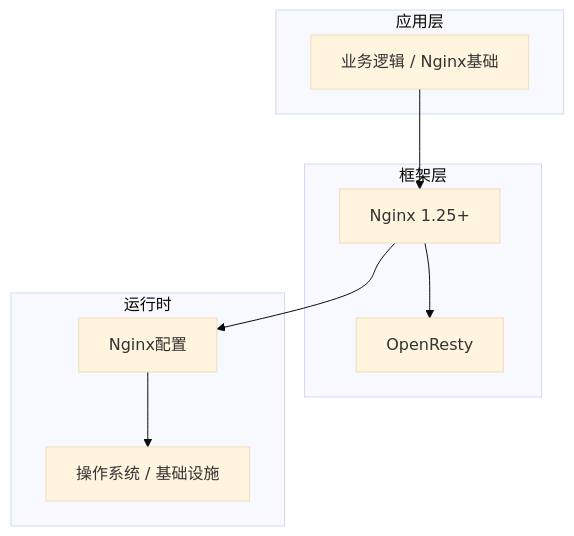
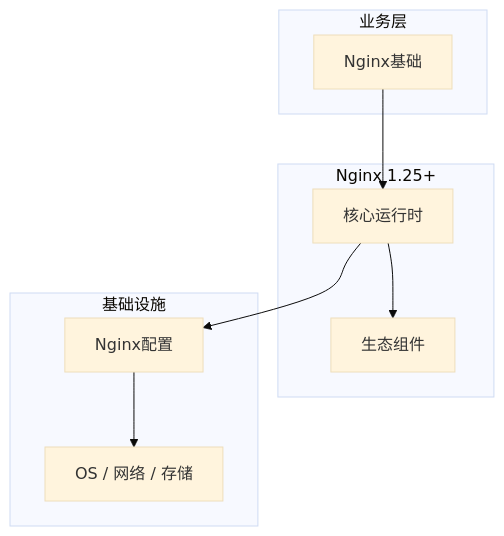
One commit to yanggan2015/knowledge-json-v2 changed the diagram in articles/Nginx/chapters/001-Nginx基础核心概念与原理.md. Above: the diagram before and after it, drawn with Mermaid (base theme). The commit also changed other lines of this file and 10127 other files, not shown here.

````diff
--- a/articles/Nginx/chapters/001-Nginx基础核心概念与原理.md
+++ b/articles/Nginx/chapters/001-Nginx基础核心概念与原理.md
@@ -45,18 +34,18 @@
 ```mermaid
 graph TB
-    subgraph 应用层
-        A[业务逻辑 / Nginx基础]
+    subgraph 业务层
+        A[Nginx基础]
     end
-    subgraph 框架层
-        B[Nginx 1.25+]
-        C[OpenResty]
+    subgraph Nginx 1.25+
+        B[核心运行时]
+        C[生态组件]
     end
-    subgraph 运行时
+    subgraph 基础设施
         D[Nginx配置]
-        E[操作系统 / 基础设施]
+        E[OS / 网络 / 存储]
     end
     A --> B
     B --> C
     B --> D
     D --> E
 ```
````
